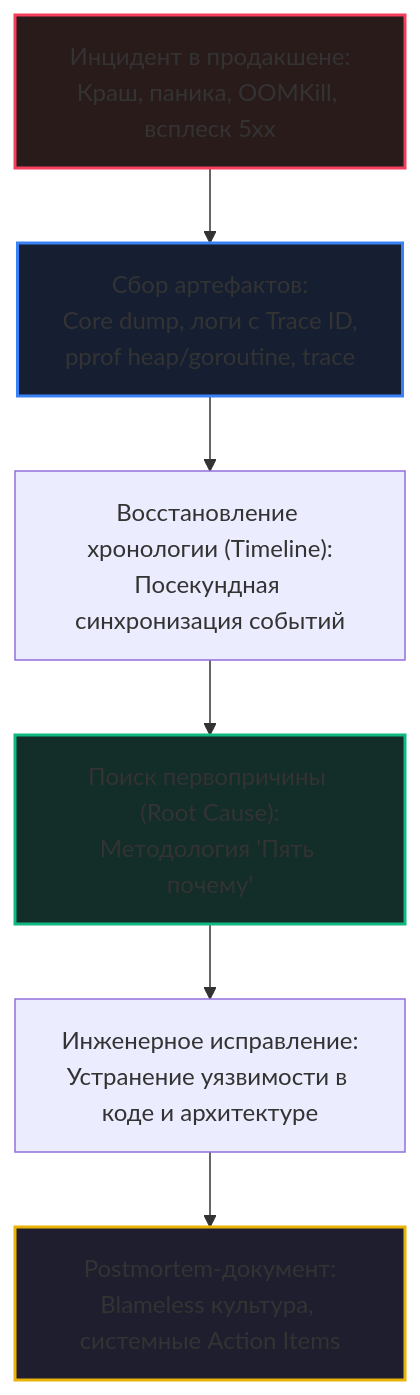
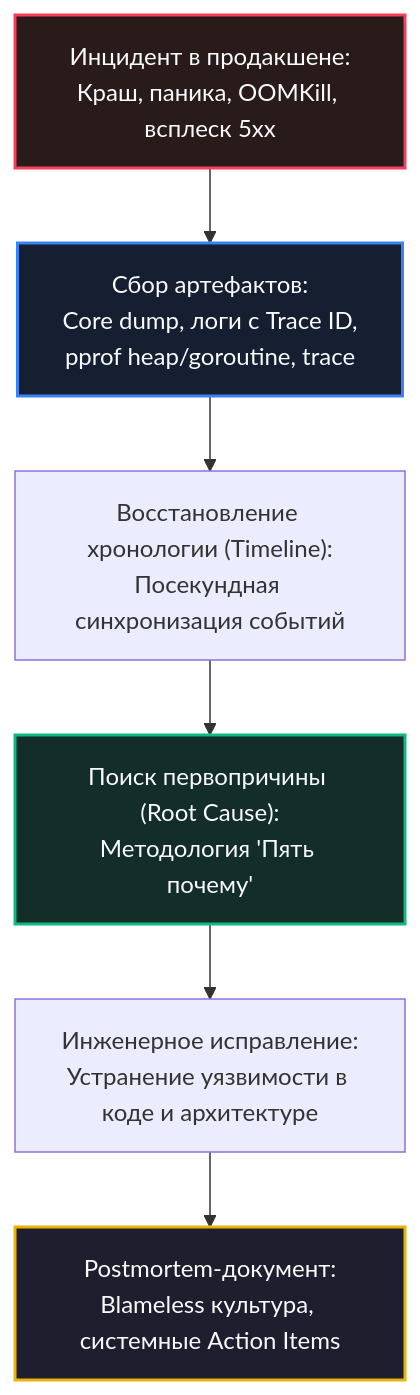
One commit to UnrealTemplier/go-textbook changed the diagram in sources/16. Профилирование, отладка и производительность/11. Debugging/5. Postmortem анализ.md. Above: the diagram before and after it, drawn with Mermaid. The commit also changed 310 other files, not shown here.

First line of the commit message:
fix(mermaid): replace light fill colors with dark palette for readability on dark theme

````diff
--- a/sources/16. Профилирование, отладка и производительность/11. Debugging/5. Postmortem анализ.md
+++ b/sources/16. Профилирование, отладка и производительность/11. Debugging/5. Postmortem анализ.md
@@ -25,15 +25,15 @@
 ```mermaid
 flowchart TD
     Incident["Инцидент в продакшене:<br>Краш, паника, OOMKill, всплеск 5xx"] --> Artifacts["Сбор артефактов:<br>Core dump, логи с Trace ID,<br>pprof heap/goroutine, trace"]
     
     Artifacts --> Timeline["Восстановление хронологии (Timeline):<br>Посекундная синхронизация событий"]
     Timeline --> RootCause["Поиск первопричины (Root Cause):<br>Методология 'Пять почему'"]
     
     RootCause --> Fix["Инженерное исправление:<br>Устранение уязвимости в коде и архитектуре"]
     Fix --> PostmortemDoc["Postmortem-документ:<br>Blameless культура, системные Action Items"]
     
-    style Incident fill:#2a1b1b,stroke:#f43f5e,stroke-width:2px
-    style Artifacts fill:#161e31,stroke:#3b82f6,stroke-width:2px
-    style RootCause fill:#132d29,stroke:#10b981,stroke-width:2px
-    style PostmortemDoc fill:#1e1e2f,stroke:#eab308,stroke-width:2px
+    style Incident fill:#2a1b1b,stroke:#f43f5e,stroke-width:2px,color:#f8fafc
+    style Artifacts fill:#161e31,stroke:#3b82f6,stroke-width:2px,color:#f8fafc
+    style RootCause fill:#132d29,stroke:#10b981,stroke-width:2px,color:#f8fafc
+    style PostmortemDoc fill:#1e1e2f,stroke:#eab308,stroke-width:2px,color:#f8fafc
 ```
````
